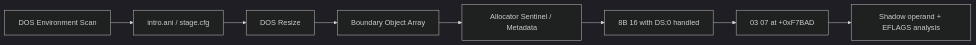
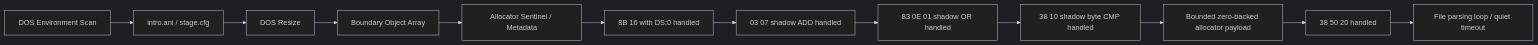
Before and after one commit to nworkers/rePIU: the diagram in docs/analysis/current-execution-frontier.md, drawn with Mermaid (dark theme). The commit also changed other lines of this file and 26 other files, not shown here.

Commit message:
Advance shadow allocator execution and project documentation

````diff
--- a/docs/analysis/current-execution-frontier.md
+++ b/docs/analysis/current-execution-frontier.md
@@ -3,10 +3,14 @@
 ```mermaid
 flowchart LR
     ENV["DOS Environment Scan"] --> FILES["intro.ani / stage.cfg"]
     FILES --> RESIZE["DOS Resize"]
     RESIZE --> OBJECTS["Boundary Object Array"]
     OBJECTS --> SENTINEL["Allocator Sentinel / Metadata"]
     SENTINEL --> DS0["8B 16 with DS:0 handled"]
-    DS0 --> NEXT["03 07 at +0xF7BAD"]
-    NEXT --> TODO["Shadow operand + EFLAGS analysis"]
+    DS0 --> ADD["03 07 shadow ADD handled"]
+    ADD --> OR["83 0E 01 shadow OR handled"]
+    OR --> CMP["38 10 shadow byte CMP handled"]
+    CMP --> ZERO["Bounded zero-backed allocator payload"]
+    ZERO --> NEXT["38 50 20 handled"]
+    NEXT --> LOOP["File parsing loop / quiet timeout"]
 ```
````
